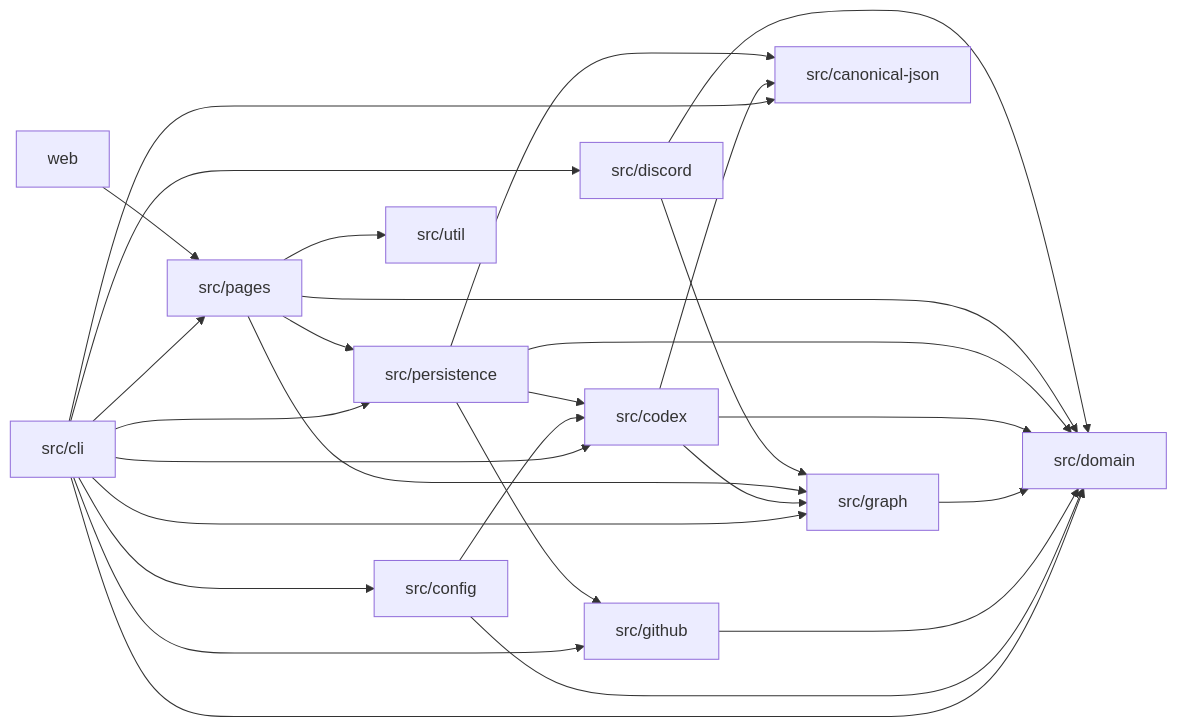
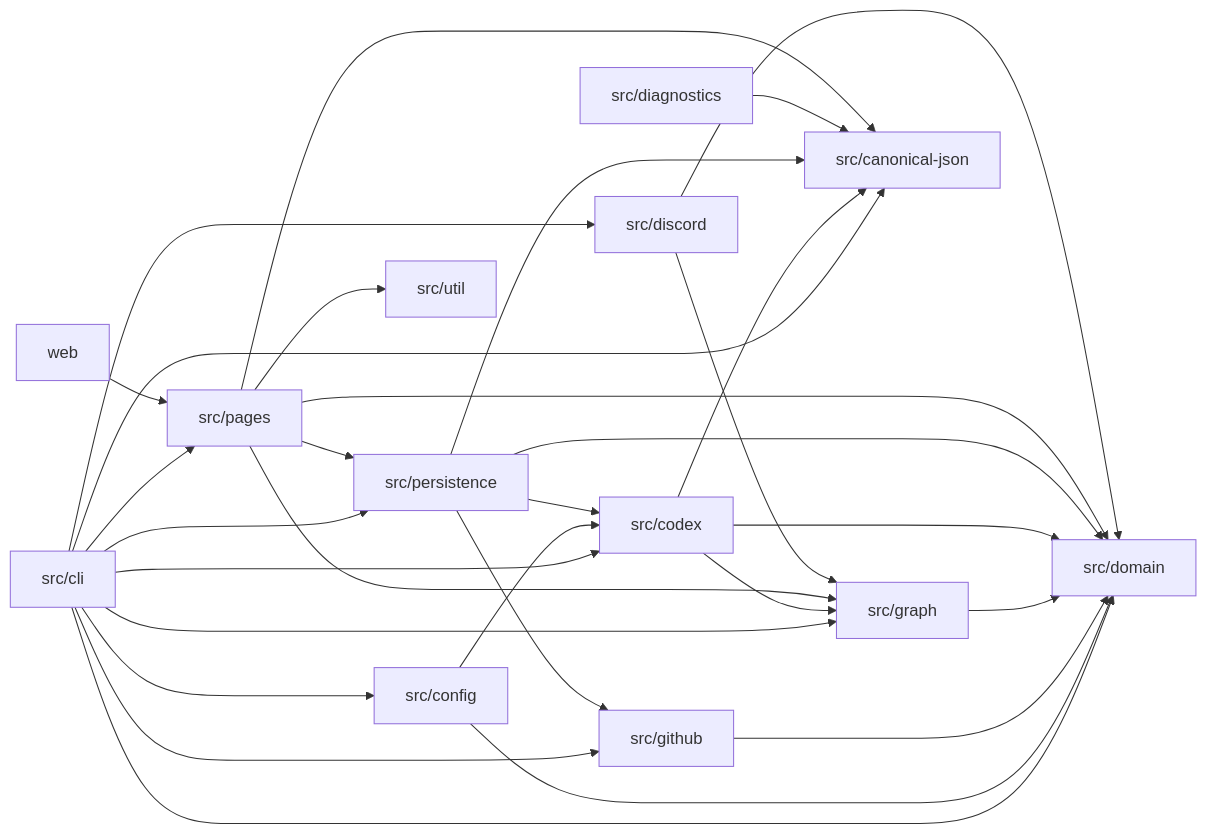
The diagram in docs/ARCHITECTURE.md (VOICEVOX/voicevox_task_tracker), drawn with Mermaid before and after one commit. The commit also changed other lines of this file, not shown here.

Commit message:
docs: record canonical JSON dependencies

````diff
--- a/docs/ARCHITECTURE.md
+++ b/docs/ARCHITECTURE.md
@@ -28,31 +28,34 @@
 ```mermaid
 flowchart LR
   CLI[src/cli] --> Config[src/config]
   CLI --> GitHub[src/github]
   CLI --> Domain[src/domain]
   CLI --> Graph[src/graph]
   CLI --> Codex[src/codex]
   CLI --> State[src/persistence]
   CLI --> Canonical[src/canonical-json]
   CLI --> Pages[src/pages]
   CLI --> Discord[src/discord]
   Util[src/util]
+  Diagnostics[src/diagnostics]
   Config --> Codex
   Config --> Domain
   GitHub --> Domain
   Graph --> Domain
   Codex --> Canonical
   Codex --> Domain
   Codex --> Graph
   State --> Canonical
   State --> Codex
   State --> Domain
   State --> GitHub
+  Diagnostics --> Canonical
+  Pages --> Canonical
   Pages --> Domain
   Pages --> Graph
   Pages --> State
   Pages --> Util
   Discord --> Domain
   Discord --> Graph
   Web[web] --> Pages
 ```
````
